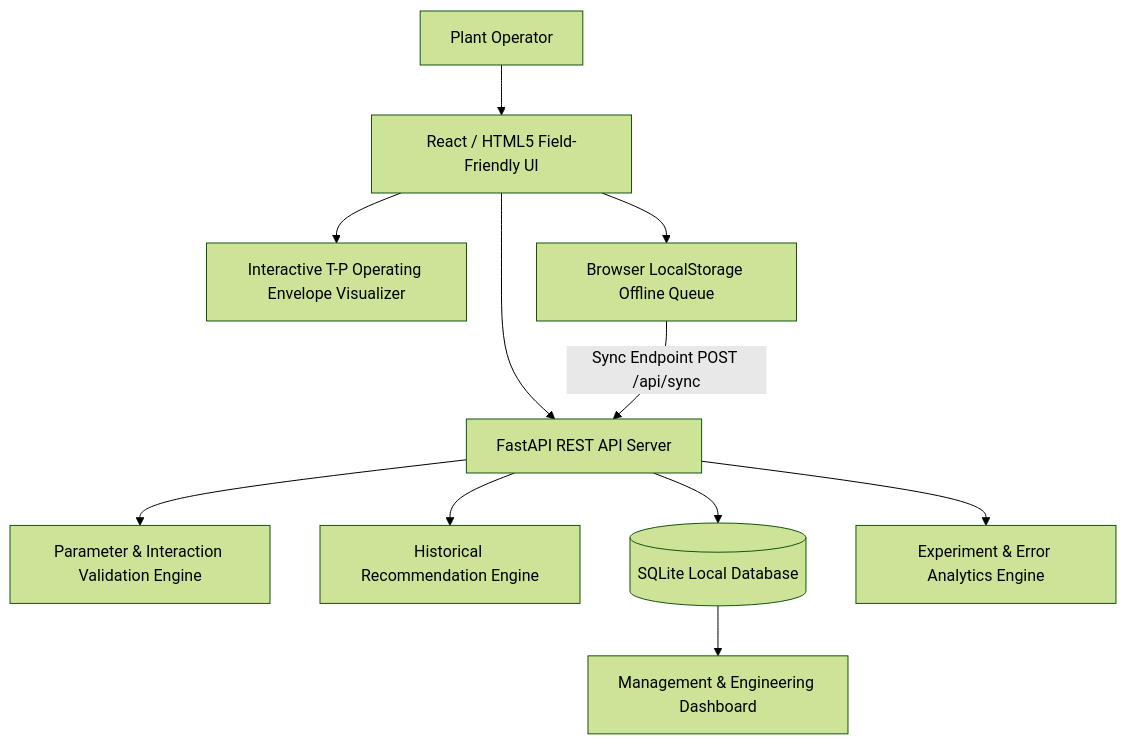
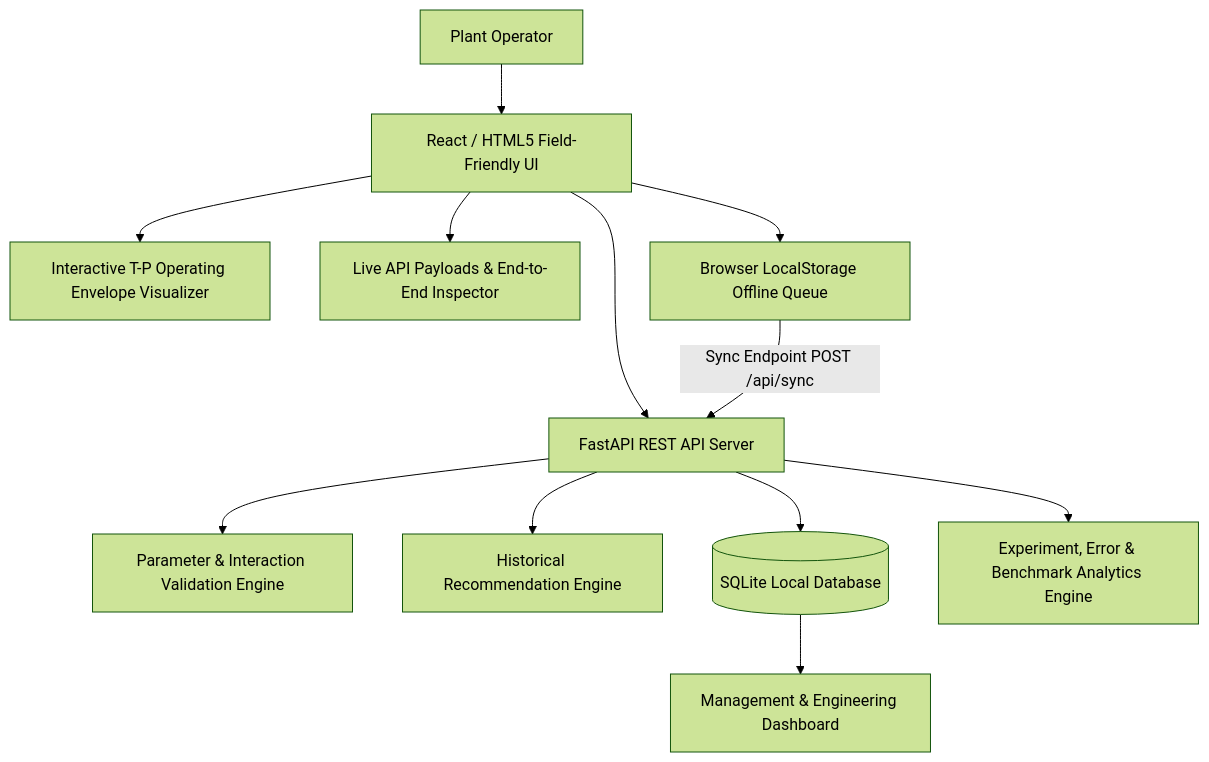
The diagram in docs/architecture.md (madeshmohan/Digital-Process-Plant-Setup-Guide-First-Piece-Learning), drawn with Mermaid (forest theme) before and after one commit. The commit also changed other lines of this file and 7 other files, not shown here.

Commit message:
feat: add non-linear envelope formulation, live API payload inspector, and benchmark simulation suite

````diff
--- a/docs/architecture.md
+++ b/docs/architecture.md
@@ -7,15 +7,16 @@
 ```mermaid
 graph TD
     Operator[Plant Operator] --> UI[React / HTML5 Field-Friendly UI]
     UI --> EnvelopeVis[Interactive T-P Operating Envelope Visualizer]
+    UI --> LiveAPIInspector[Live API Payloads & End-to-End Inspector]
     UI --> OfflineEngine[Browser LocalStorage Offline Queue]
     UI --> API[FastAPI REST API Server]
     
     API --> ValEngine[Parameter & Interaction Validation Engine]
     API --> RecEngine[Historical Recommendation Engine]
     API --> DB[(SQLite Local Database)]
-    API --> Analytics[Experiment & Error Analytics Engine]
+    API --> Analytics[Experiment, Error & Benchmark Analytics Engine]
     
     OfflineEngine -->|Sync Endpoint POST /api/sync| API
     DB --> ManagementDashboard[Management & Engineering Dashboard]
 ```
````
